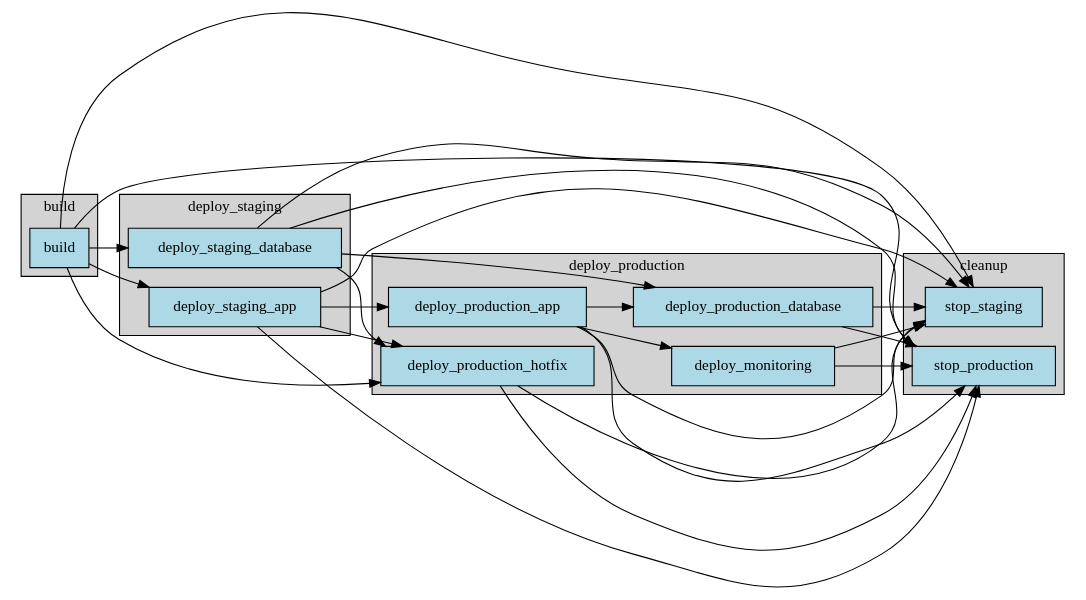
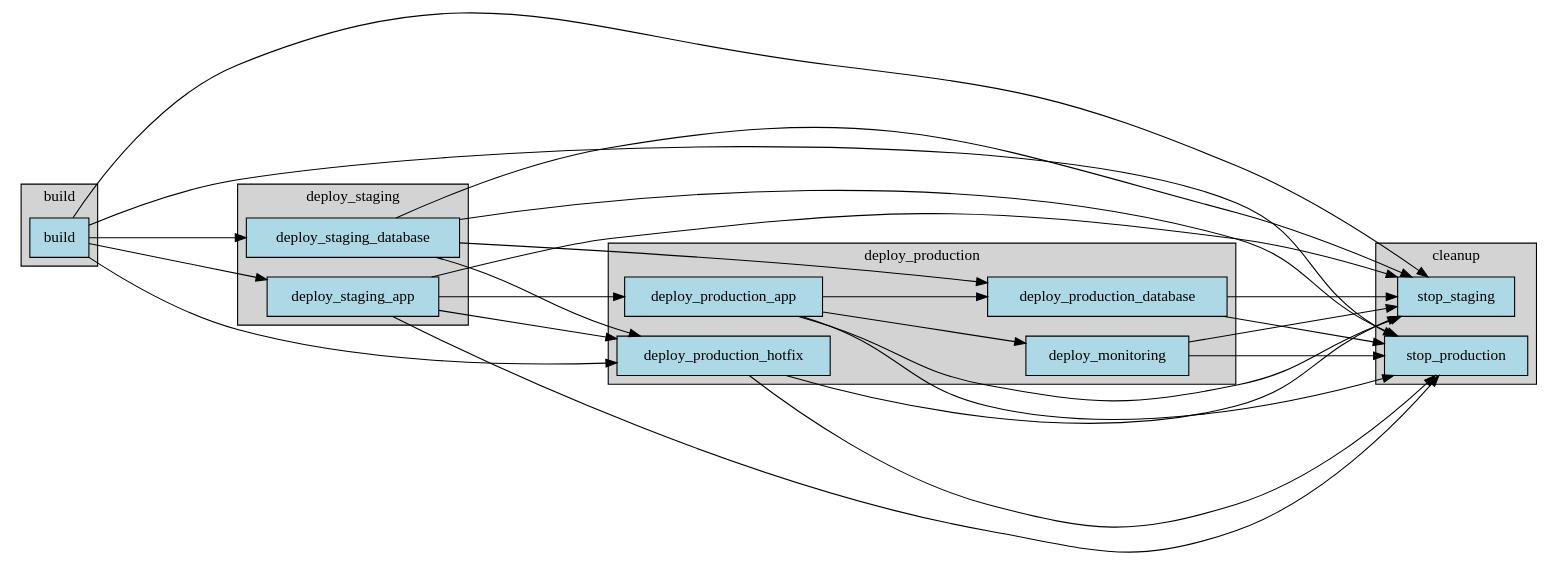
Before and after one commit to eisbaw/gitlab_local_ci: the diagram in test_ci_projects/proj18.output_reference/dag.dot, drawn with Graphviz. The commit also changed 58 other files, not shown here.

```diff
--- a/test_ci_projects/proj18.output_reference/dag.dot
+++ b/test_ci_projects/proj18.output_reference/dag.dot
@@ -1,65 +1,66 @@
 digraph pipeline {
   rankdir="LR";
+  ranksep=2;
   node [shape=box, style=filled, fillcolor=lightblue];
 
   subgraph cluster_build {
     label="build";
     style=filled;
     fillcolor=lightgrey;
 
-    build [label="build"];
+    build [label="build", tooltip="---\nstage: build\nscript:\n- echo \"Building application version ${DEPLOY_VERSION}\"\n- echo \"Build artifacts created\"\n- mkdir -p dist\n- echo \"app-${DEPLOY_VERSION}\" > dist/app.tar.gz\nartifacts:\n  paths:\n  - dist/\n  expire_in: 1 hour\n"];
   }
 
   subgraph cluster_deploy_staging {
     label="deploy_staging";
     style=filled;
     fillcolor=lightgrey;
 
-    deploy_staging_app [label="deploy_staging_app"];
-    deploy_staging_database [label="deploy_staging_database"];
+    deploy_staging_app [label="deploy_staging_app", tooltip="---\nstage: deploy_staging\nresource_group: staging/deployment\nenvironment:\n  name: staging\n  url: https://staging.example.com\n  auto_stop_in: 1 day\n  on_stop: stop_staging\nscript:\n- echo \"Deploying to staging environment\"\n- echo \"Resource group 'staging/deployment' ensures only one staging deploy at a time\"\n- sleep 2\n- echo \"Application deployed to staging\"\n- echo \"Environment URL: https://staging.example.com\"\nneeds:\n- build\n"];
+    deploy_staging_database [label="deploy_staging_database", tooltip="---\nstage: deploy_staging\nresource_group: staging/deployment\nenvironment:\n  name: staging\n  url: https://staging.example.com\n  auto_stop_in: 1 day\nscript:\n- echo \"Deploying database migrations to staging\"\n- echo \"Waiting for staging/deployment resource group lock\"\n- sleep 2\n- echo \"Database migrations applied to staging\"\nneeds:\n- build\nwhen: manual\n"];
   }
 
   subgraph cluster_deploy_production {
     label="deploy_production";
     style=filled;
     fillcolor=lightgrey;
 
-    deploy_production_app [label="deploy_production_app"];
-    deploy_production_database [label="deploy_production_database"];
-    deploy_production_hotfix [label="deploy_production_hotfix"];
-    deploy_monitoring [label="deploy_monitoring"];
+    deploy_production_app [label="deploy_production_app", tooltip="---\nstage: deploy_production\nresource_group: production/deployment\nenvironment:\n  name: production\n  url: https://production.example.com\n  auto_stop_in: 30 days\n  on_stop: stop_production\nscript:\n- echo \"Deploying to production environment\"\n- echo \"Resource group 'production/deployment' ensures safe production deploys\"\n- sleep 3\n- echo \"Application deployed to production\"\n- echo \"Environment URL: https://production.example.com\"\nneeds:\n- deploy_staging_app\nwhen: manual\nonly:\n- master\n- main\n"];
+    deploy_production_database [label="deploy_production_database", tooltip="---\nstage: deploy_production\nresource_group: production/deployment\nenvironment:\n  name: production\n  url: https://production.example.com\n  auto_stop_in: 30 days\nscript:\n- echo \"Deploying database migrations to production\"\n- echo \"Waiting for production/deployment resource group lock\"\n- sleep 3\n- echo \"Database migrations applied to production\"\nneeds:\n- deploy_staging_database\n- deploy_production_app\nwhen: manual\nonly:\n- master\n- main\n"];
+    deploy_production_hotfix [label="deploy_production_hotfix", tooltip="---\nstage: deploy_production\nresource_group: production/deployment\nenvironment:\n  name: production\n  url: https://production.example.com\nscript:\n- echo \"Deploying emergency hotfix to production\"\n- echo \"Must wait for production/deployment resource group\"\n- sleep 2\n- echo \"Hotfix deployed successfully\"\nwhen: manual\nonly:\n- hotfix/*\n"];
+    deploy_monitoring [label="deploy_monitoring", tooltip="---\nstage: deploy_production\nresource_group: monitoring/deployment\nenvironment:\n  name: monitoring\n  url: https://monitoring.example.com\n  auto_stop_in: 7 days\nscript:\n- echo \"Deploying monitoring stack\"\n- echo \"Resource group 'monitoring/deployment' separate from app deployments\"\n- sleep 1\n- echo \"Monitoring deployed\"\nneeds:\n- deploy_production_app\nwhen: manual\n"];
   }
 
   subgraph cluster_cleanup {
     label="cleanup";
     style=filled;
     fillcolor=lightgrey;
 
-    stop_staging [label="stop_staging"];
-    stop_production [label="stop_production"];
+    stop_staging [label="stop_staging", tooltip="---\nstage: cleanup\nresource_group: staging/deployment\nenvironment:\n  name: staging\n  action: stop\nscript:\n- echo \"Stopping staging environment\"\n- echo \"Cleaning up staging resources\"\n- sleep 1\n- echo \"Staging environment stopped\"\nwhen: manual\n"];
+    stop_production [label="stop_production", tooltip="---\nstage: cleanup\nresource_group: production/deployment\nenvironment:\n  name: production\n  action: stop\nscript:\n- echo \"Stopping production environment\"\n- echo \"Cleaning up production resources\"\n- sleep 2\n- echo \"Production environment stopped\"\nwhen: manual\nonly:\n- master\n- main\n"];
   }
 
   build -> deploy_staging_app;
   build -> deploy_staging_database;
   deploy_staging_app -> deploy_production_app;
   deploy_staging_database -> deploy_production_database;
   deploy_production_app -> deploy_production_database;
   build -> deploy_production_hotfix;
   deploy_staging_app -> deploy_production_hotfix;
   deploy_staging_database -> deploy_production_hotfix;
   build -> stop_staging;
   deploy_staging_app -> stop_staging;
   deploy_staging_database -> stop_staging;
   deploy_production_app -> stop_staging;
   deploy_production_database -> stop_staging;
   deploy_production_hotfix -> stop_staging;
   deploy_monitoring -> stop_staging;
   build -> stop_production;
   deploy_staging_app -> stop_production;
   deploy_staging_database -> stop_production;
   deploy_production_app -> stop_production;
   deploy_production_database -> stop_production;
   deploy_production_hotfix -> stop_production;
   deploy_monitoring -> stop_production;
   deploy_production_app -> deploy_monitoring;
 }
```
